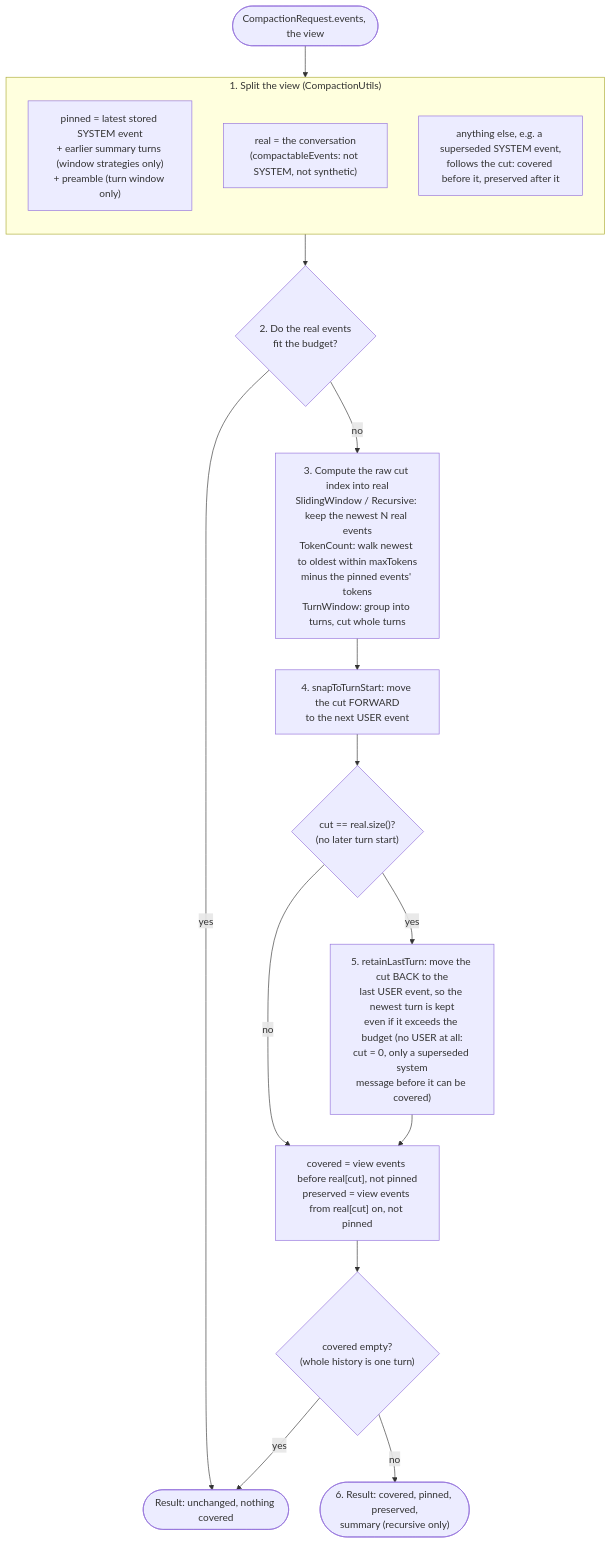
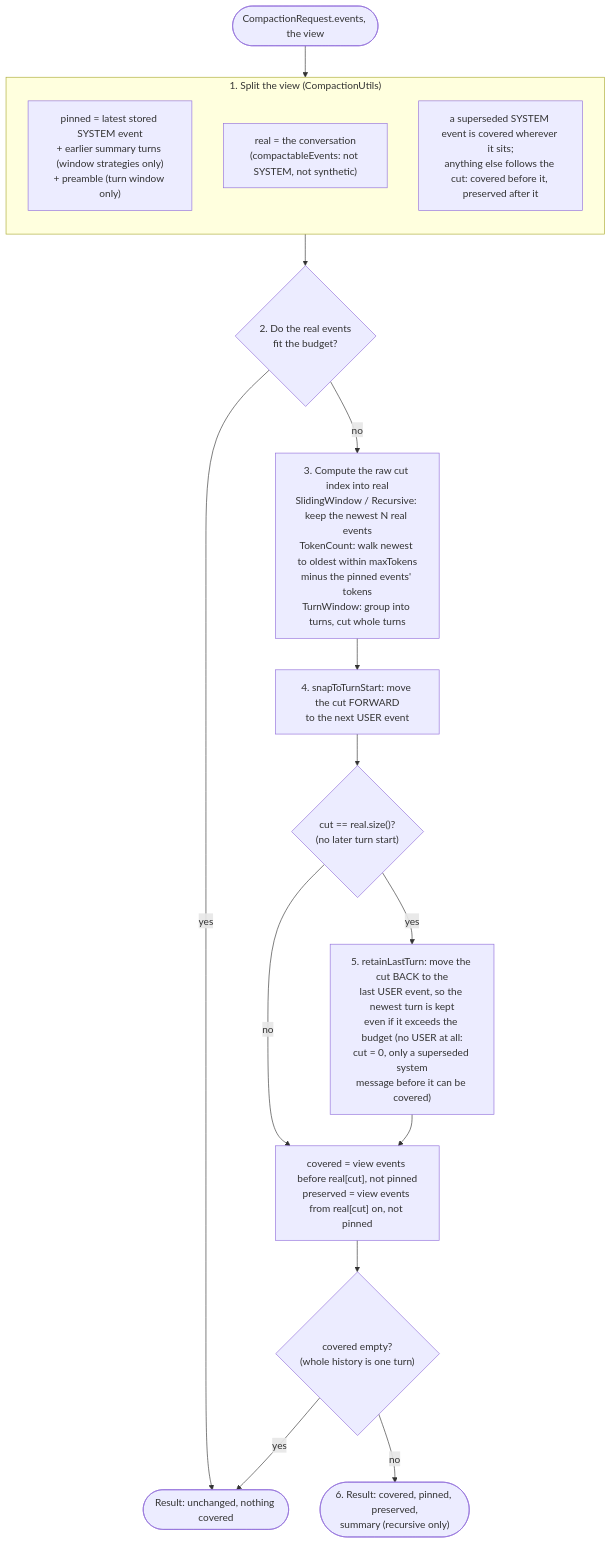
Before and after one commit to spring-ai-community/spring-ai-session: the fifth of 9 diagrams in docs/session-management/compaction-internals.md, drawn with Mermaid. The commit also changed 54 other files, not shown here.

````diff
--- a/docs/session-management/compaction-internals.md
+++ b/docs/session-management/compaction-internals.md
@@ -295,24 +295,24 @@
 ```mermaid
 flowchart TB
     start([CompactionRequest.events, the view]) --> split
 
     subgraph split["1. Split the view (CompactionUtils)"]
         direction TB
         s1["pinned = latest stored SYSTEM event<br/>+ earlier summary turns (window strategies only)<br/>+ preamble (turn window only)"]
         s2["real = the conversation<br/>(compactableEvents: not SYSTEM, not synthetic)"]
-        s3["anything else, e.g. a superseded SYSTEM event,<br/>follows the cut: covered before it, preserved after it"]
+        s3["a superseded SYSTEM event is covered wherever it sits;<br/>anything else follows the cut: covered before it, preserved after it"]
     end
 
     split --> budget{"2. Do the real events<br/>fit the budget?"}
     budget -- yes --> r0([Result: unchanged, nothing covered])
 
     budget -- no --> raw["3. Compute the raw cut index into real<br/>SlidingWindow / Recursive: keep the newest N real events<br/>TokenCount: walk newest to oldest within maxTokens<br/>minus the pinned events' tokens<br/>TurnWindow: group into turns, cut whole turns"]
     raw --> snap["4. snapToTurnStart: move the cut FORWARD<br/>to the next USER event"]
     snap --> end1{"cut == real.size()?<br/>(no later turn start)"}
     end1 -- no --> cut
     end1 -- yes --> retain["5. retainLastTurn: move the cut BACK to the<br/>last USER event, so the newest turn is kept<br/>even if it exceeds the budget (no USER at all:<br/>cut = 0, only a superseded system<br/>message before it can be covered)"]
     retain --> cut["covered = view events before real[cut], not pinned<br/>preserved = view events from real[cut] on, not pinned"]
     cut --> empty{"covered empty?<br/>(whole history is one turn)"}
     empty -- yes --> r0
     empty -- no --> r2(["6. Result: covered, pinned, preserved,<br/>summary (recursive only)"])
 ```
````
